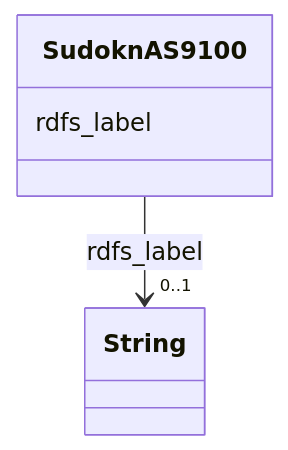
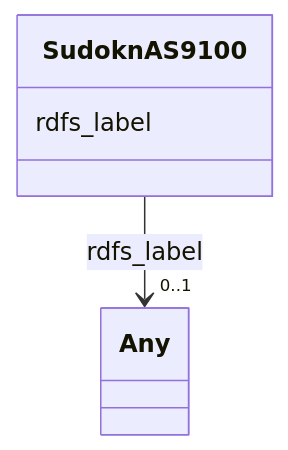
One commit to frink-okn/graph-descriptions changed the diagram in sudokn-kg/classes/SudoknAS9100.md. Above: the diagram before and after it, drawn with Mermaid. The commit also changed other lines of this file and 903 other files, not shown here.

````diff
--- a/sudokn-kg/classes/SudoknAS9100.md
+++ b/sudokn-kg/classes/SudoknAS9100.md
@@ -23,15 +18,15 @@
 ```mermaid
  classDiagram
     class SudoknAS9100
     click SudoknAS9100 href "../SudoknAS9100"
       SudoknAS9100 : rdfs_label
         
           
     
     
-    SudoknAS9100 --> "0..1" String : rdfs_label
-    click String href "../String"
+    SudoknAS9100 --> "0..1" Any : rdfs_label
+    click Any href "../Any"
 
         
       
 ```
````
